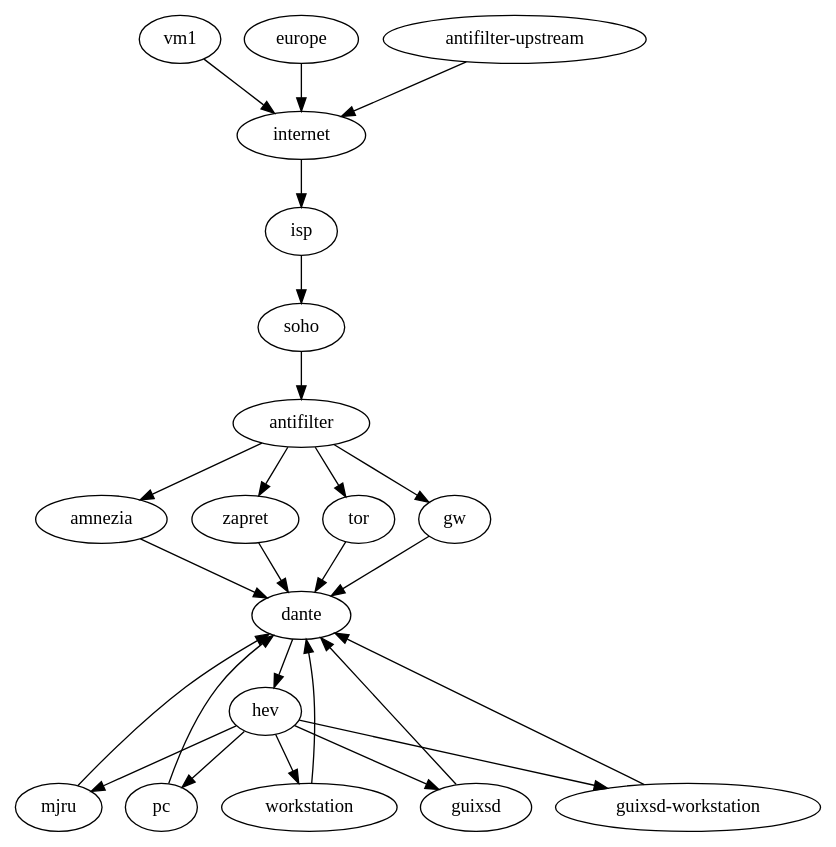
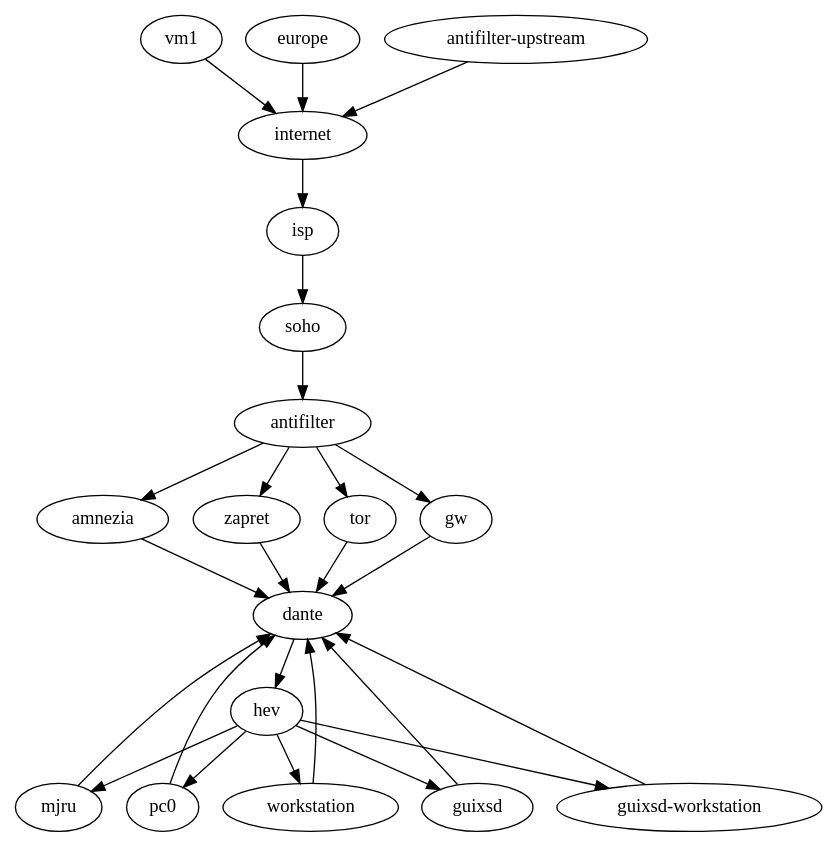
The diagram in src/graphviz/networking.dot (kitnil/dotfiles), drawn with Graphviz before and after one commit.

Commit message:
networking: Fix pc0 name.

```diff
--- a/src/graphviz/networking.dot
+++ b/src/graphviz/networking.dot
@@ -1,8 +1,8 @@
 digraph {
-    { vm1 europe "antifilter-upstream" } -> internet -> isp -> soho -> antifilter -> { amnezia zapret tor gw } -> dante -> hev -> { mjru pc workstation guixsd "guixsd-workstation" }
+    { vm1 europe "antifilter-upstream" } -> internet -> isp -> soho -> antifilter -> { amnezia zapret tor gw } -> dante -> hev -> { mjru pc0 workstation guixsd "guixsd-workstation" }
     mjru -> dante
-    pc -> dante
+    pc0 -> dante
     workstation -> dante
     guixsd -> dante
     "guixsd-workstation" -> dante
 }
```
